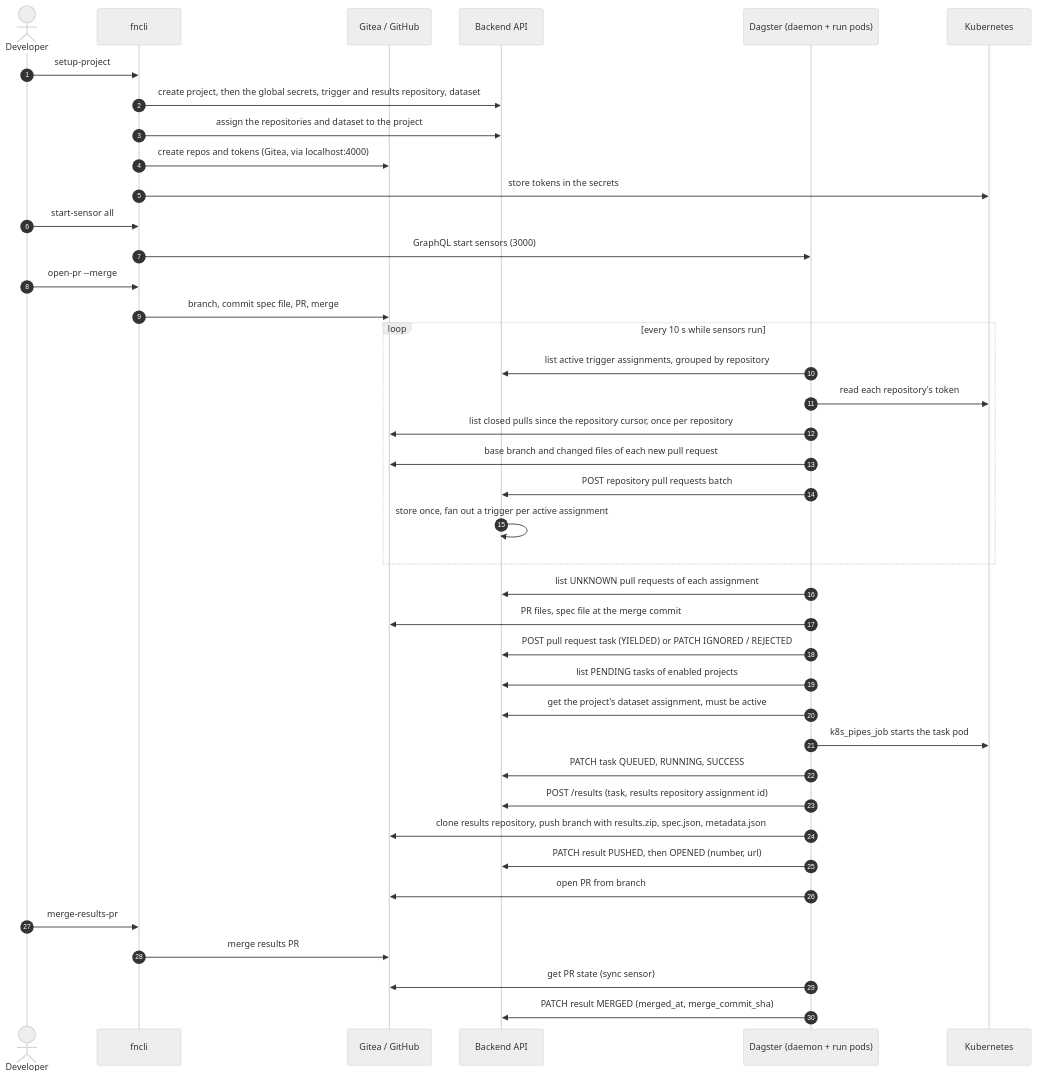
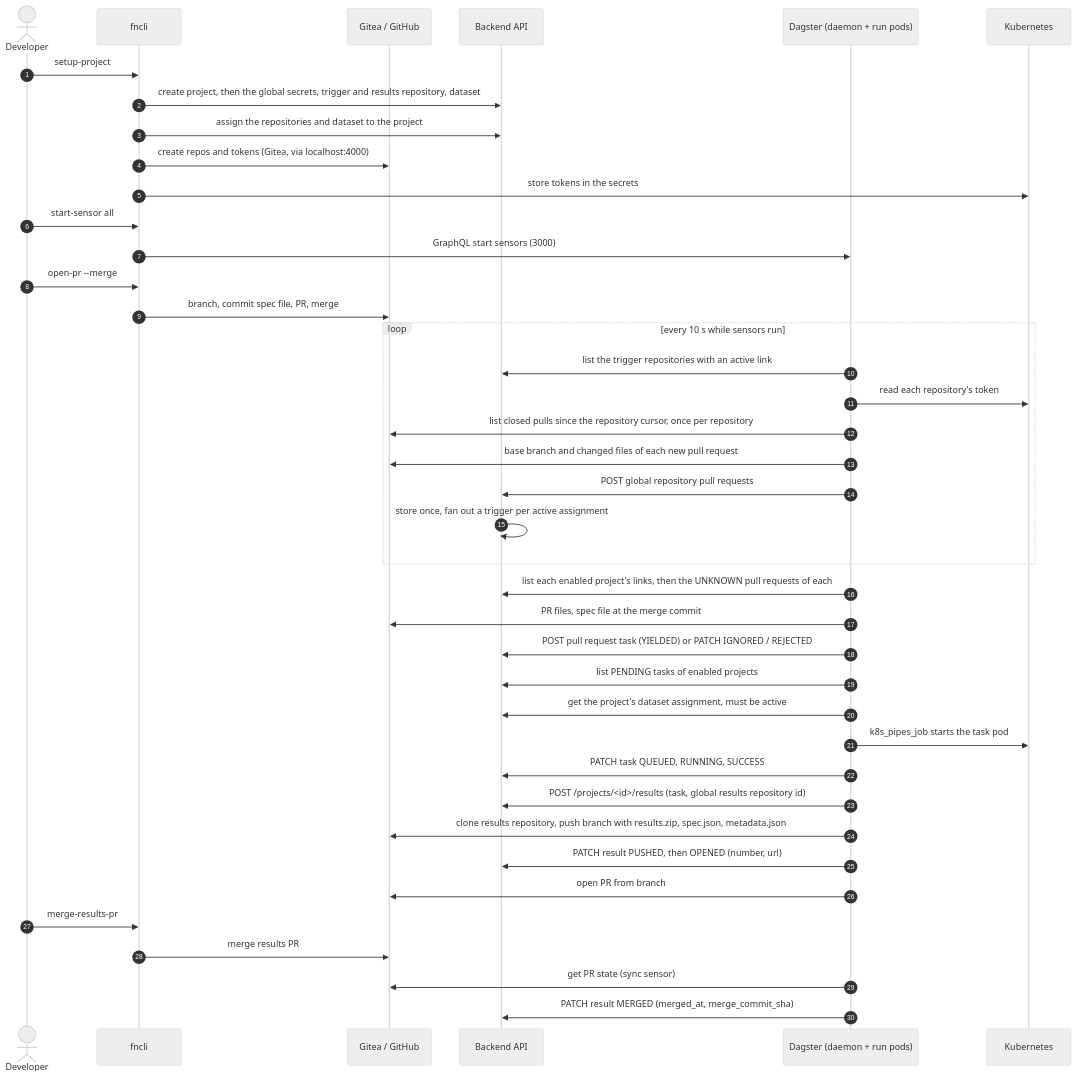
Before and after one commit to Aridhia-Open-Source/PHEMS_federated_node: the second of 3 diagrams in docs/architecture/flows.md, drawn with Mermaid (neutral theme). The commit also changed other lines of this file and 129 other files, not shown here.

First line of the commit message:
Shared resources: /global and /projects route layout, healthchecks, new test base

````diff
--- a/docs/architecture/flows.md
+++ b/docs/architecture/flows.md
@@ -56,44 +56,44 @@
 ```mermaid
 sequenceDiagram
     autonumber
     actor Dev as Developer
     participant CLI as fncli
     participant Git as Gitea / GitHub
     participant BE as Backend API
     participant DG as Dagster (daemon + run pods)
     participant K8s as Kubernetes
 
     Dev->>CLI: setup-project
     CLI->>BE: create project, then the global secrets, trigger and results repository, dataset
     CLI->>BE: assign the repositories and dataset to the project
     CLI->>Git: create repos and tokens (Gitea, via localhost:4000)
     CLI->>K8s: store tokens in the secrets
     Dev->>CLI: start-sensor all
     CLI->>DG: GraphQL start sensors (3000)
     Dev->>CLI: open-pr --merge
     CLI->>Git: branch, commit spec file, PR, merge
 
     loop every 10 s while sensors run
-        DG->>BE: list active trigger assignments, grouped by repository
+        DG->>BE: list the trigger repositories with an active link
         DG->>K8s: read each repository's token
         DG->>Git: list closed pulls since the repository cursor, once per repository
         DG->>Git: base branch and changed files of each new pull request
-        DG->>BE: POST repository pull requests batch
+        DG->>BE: POST global repository pull requests
         BE->>BE: store once, fan out a trigger per active assignment
     end
-    DG->>BE: list UNKNOWN pull requests of each assignment
+    DG->>BE: list each enabled project's links, then the UNKNOWN pull requests of each
     DG->>Git: PR files, spec file at the merge commit
     DG->>BE: POST pull request task (YIELDED) or PATCH IGNORED / REJECTED
     DG->>BE: list PENDING tasks of enabled projects
     DG->>BE: get the project's dataset assignment, must be active
     DG->>K8s: k8s_pipes_job starts the task pod
     DG->>BE: PATCH task QUEUED, RUNNING, SUCCESS
-    DG->>BE: POST /results (task, results repository assignment id)
+    DG->>BE: POST /projects/<id>/results (task, global results repository id)
     DG->>Git: clone results repository, push branch with results.zip, spec.json, metadata.json
     DG->>BE: PATCH result PUSHED, then OPENED (number, url)
     DG->>Git: open PR from branch
     Dev->>CLI: merge-results-pr
     CLI->>Git: merge results PR
     DG->>Git: get PR state (sync sensor)
     DG->>BE: PATCH result MERGED (merged_at, merge_commit_sha)
 ```
````
